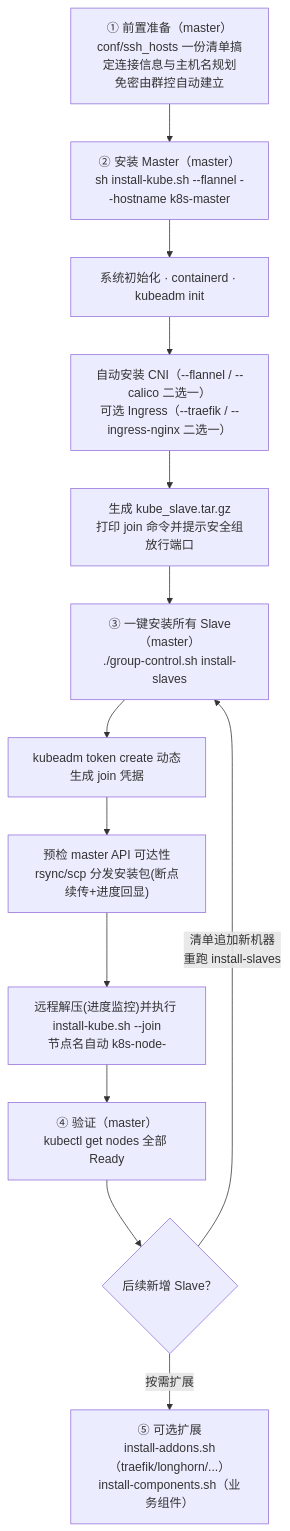
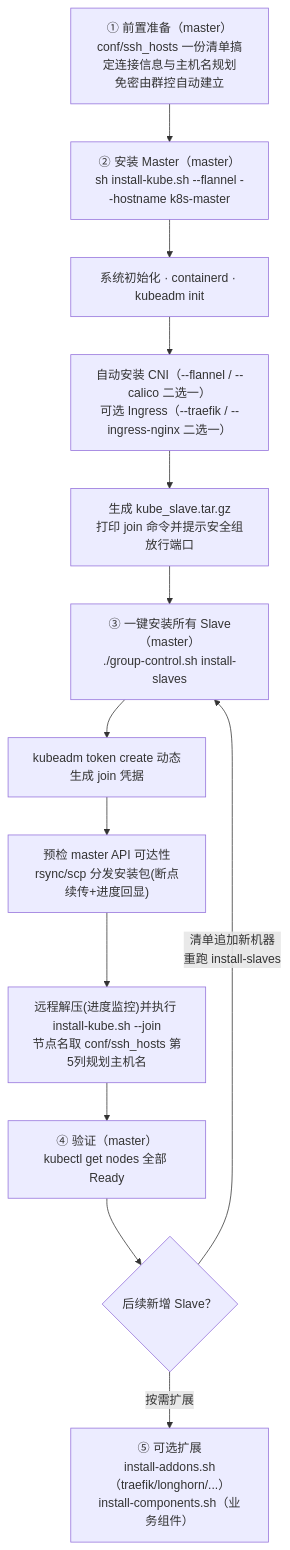
Before and after one commit to kamalyes/tarzan: the second of 2 diagrams in README.md, drawn with Mermaid. The commit also changed other lines of this file and 3 other files, not shown here.

````diff
--- a/README.md
+++ b/README.md
@@ -32,15 +32,15 @@
 ```mermaid
 flowchart TD
     A["① 前置准备（master）<br/>conf/ssh_hosts 一份清单搞定连接信息与主机名规划<br/>免密由群控自动建立"] --> B["② 安装 Master（master）<br/>sh install-kube.sh --flannel --hostname k8s-master"]
     B --> B1["系统初始化 · containerd · kubeadm init"]
     B1 --> B2["自动安装 CNI（--flannel / --calico 二选一）<br/>可选 Ingress（--traefik / --ingress-nginx 二选一）"]
     B2 --> B3["生成 kube_slave.tar.gz<br/>打印 join 命令并提示安全组放行端口"]
     B3 --> C["③ 一键安装所有 Slave（master）<br/>./group-control.sh install-slaves"]
     C --> C1["kubeadm token create 动态生成 join 凭据"]
     C1 --> C2["预检 master API 可达性<br/>rsync/scp 分发安装包(断点续传+进度回显)"]
-    C2 --> C3["远程解压(进度监控)并执行 install-kube.sh --join<br/>节点名自动 k8s-node-<IP末段>"]
+    C2 --> C3["远程解压(进度监控)并执行 install-kube.sh --join<br/>节点名取 conf/ssh_hosts 第5列规划主机名"]
     C3 --> D["④ 验证（master）<br/>kubectl get nodes 全部 Ready"]
     D --> E{"后续新增 Slave？"}
     E -- "清单追加新机器<br/>重跑 install-slaves" --> C
     E -- "按需扩展" --> F["⑤ 可选扩展<br/>install-addons.sh（traefik/longhorn/...）<br/>install-components.sh（业务组件）"]
 ```
````
